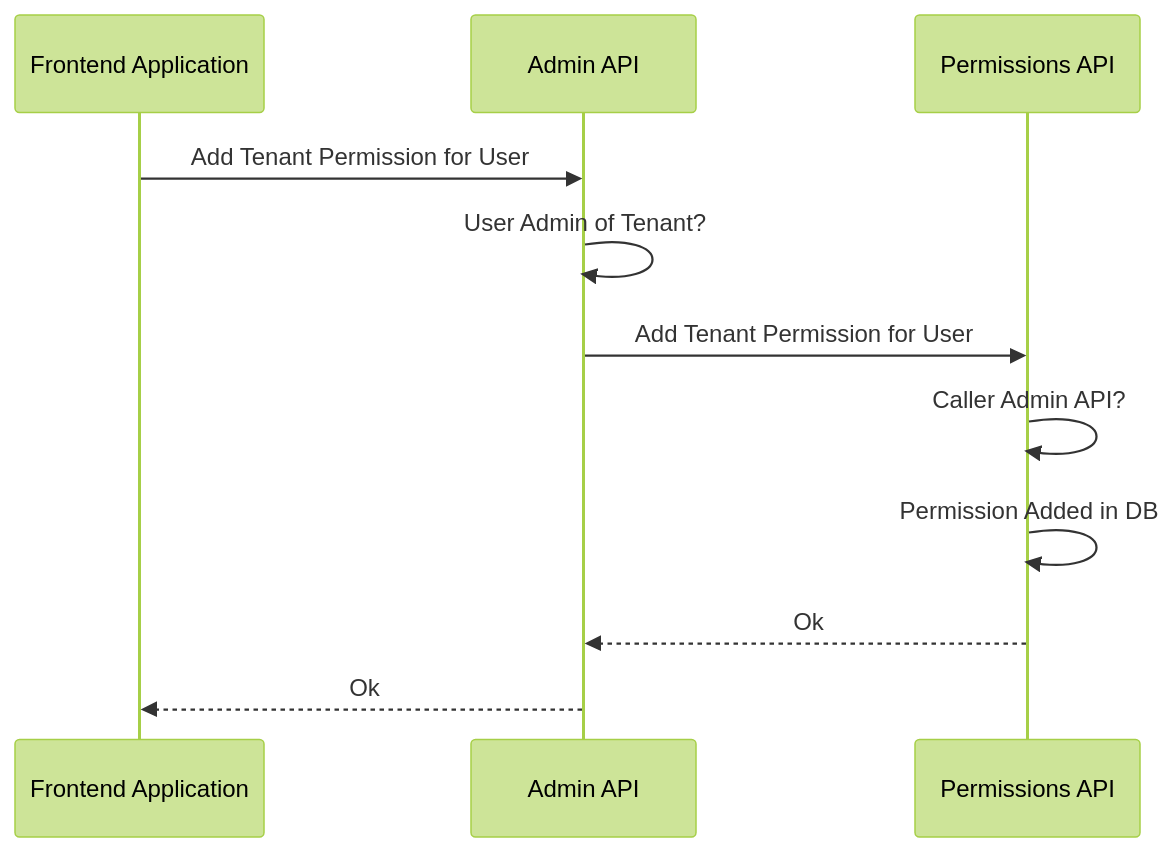
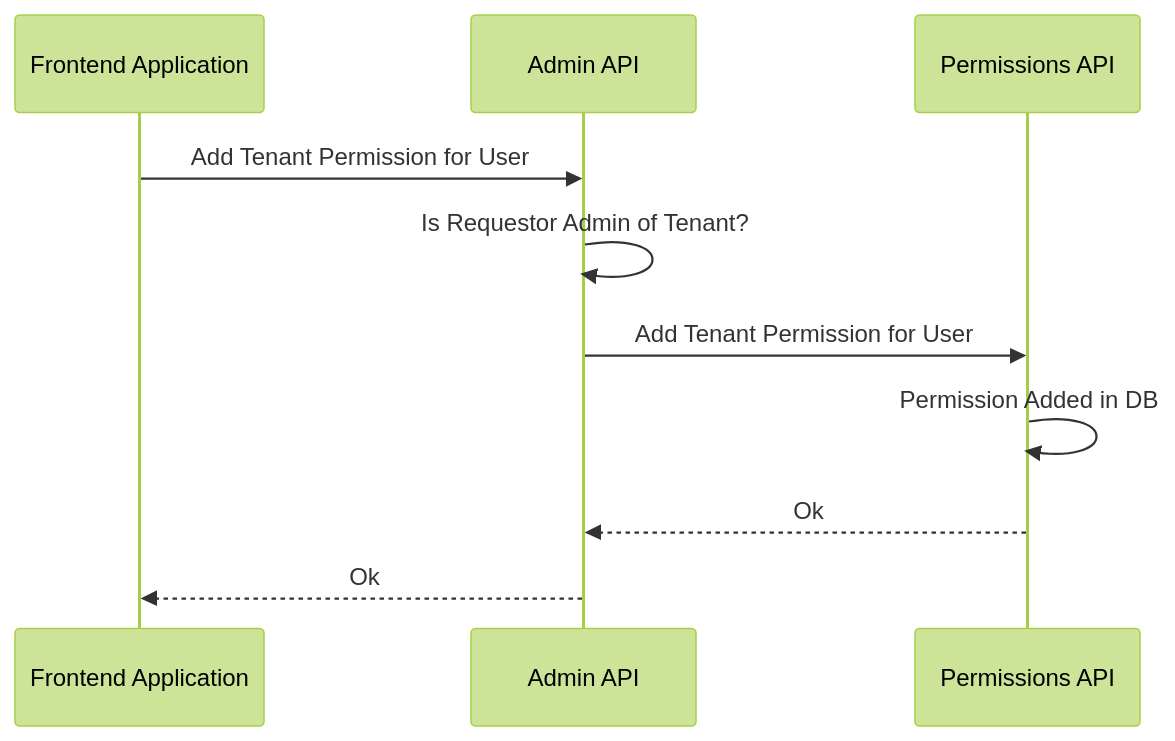
Before and after one commit to Azure/azure-saas: the third of 3 diagrams in docs/azure-saas-docs/content/en/components/Identity/identity-flows.md, drawn with Mermaid (forest theme). The commit also changed other lines of this file and 9 other files, not shown here.

````diff
--- a/docs/azure-saas-docs/content/en/components/Identity/identity-flows.md
+++ b/docs/azure-saas-docs/content/en/components/Identity/identity-flows.md
@@ -46,15 +46,14 @@
 ```mermaid
 sequenceDiagram
 participant frontend as Frontend Application
 participant admin as Admin API
 participant perm as Permissions API
 
 frontend->>admin : Add Tenant Permission for User
-admin->>admin : User Admin of Tenant?
+admin->>admin : Is Requestor Admin of Tenant?
 admin->>perm : Add Tenant Permission for User
-perm->>perm : Caller Admin API?
 perm->>perm : Permission Added in DB
 perm-->>admin : Ok
 admin-->>frontend : Ok
 
 ```
````
